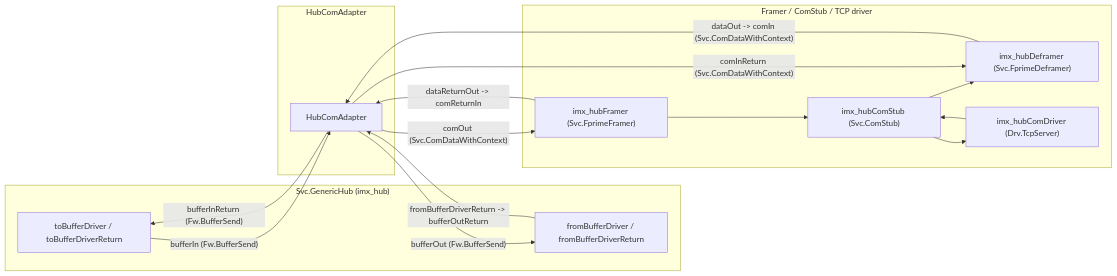
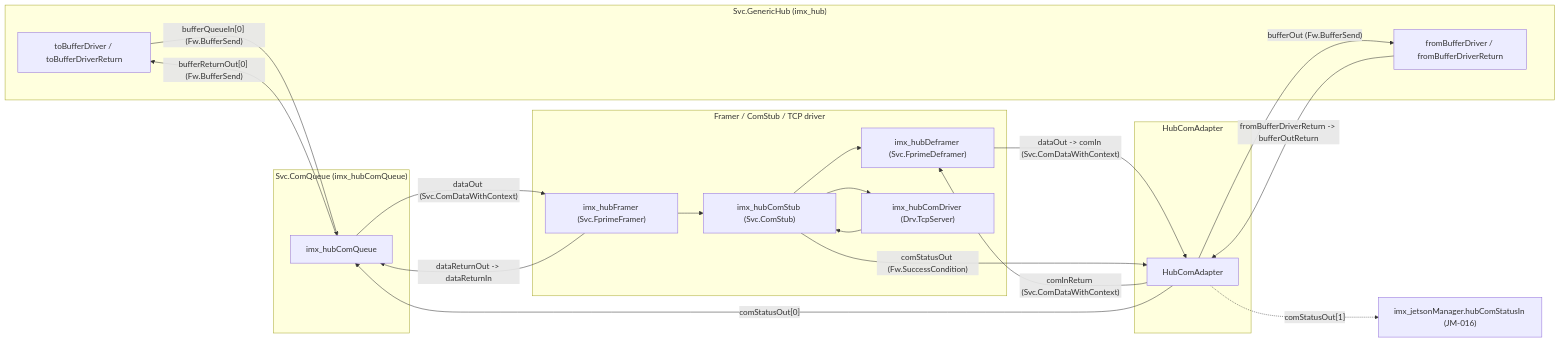
One commit to BroncoSpace-Lab/fprime-scales changed the first of 4 diagrams in scales/scalesSvc/HubComAdapter/docs/sdd.md. Above: the diagram before and after it, drawn with Mermaid. The commit also changed other lines of this file and 7 other files, not shown here.

Commit message:
Added ComQueue fix for Jetson

````diff
--- a/scales/scalesSvc/HubComAdapter/docs/sdd.md
+++ b/scales/scalesSvc/HubComAdapter/docs/sdd.md
@@ -48,30 +62,43 @@
 ```mermaid
 flowchart LR
     subgraph Hub["Svc.GenericHub (imx_hub)"]
         HubSend["toBufferDriver / toBufferDriverReturn"]
         HubRecv["fromBufferDriver / fromBufferDriverReturn"]
+    end
+
+    subgraph Queue["Svc.ComQueue (imx_hubComQueue)"]
+        Q["imx_hubComQueue"]
     end
 
     subgraph Adapter["HubComAdapter"]
         A["HubComAdapter"]
     end
 
     subgraph Stack["Framer / ComStub / TCP driver"]
         Framer["imx_hubFramer (Svc.FprimeFramer)"]
         Deframer["imx_hubDeframer (Svc.FprimeDeframer)"]
         Stub["imx_hubComStub (Svc.ComStub)"]
         Drv["imx_hubComDriver (Drv.TcpServer)"]
     end
 
-    HubSend -->|"bufferIn (Fw.BufferSend)"| A
-    A -->|"bufferInReturn (Fw.BufferSend)"| HubSend
-    A -->|"comOut (Svc.ComDataWithContext)"| Framer
-    Framer -->|"dataReturnOut -> comReturnIn"| A
+    %% Send direction: HubComAdapter's bufferIn/comOut/comReturnIn are
+    %% retired -- imx_hubComQueue now bridges Fw.BufferSend/Svc.ComDataWithContext
+    %% on the send side (JM-016 backstop, see imx_hubComQueue's own config).
+    HubSend -->|"bufferQueueIn[0] (Fw.BufferSend)"| Q
+    Q -->|"bufferReturnOut[0] (Fw.BufferSend)"| HubSend
+    Q -->|"dataOut (Svc.ComDataWithContext)"| Framer
+    Framer -->|"dataReturnOut -> dataReturnIn"| Q
     Framer --> Stub --> Drv
 
+    %% Receive direction: HubComAdapter's original role, unchanged.
     Drv --> Stub --> Deframer
     Deframer -->|"dataOut -> comIn (Svc.ComDataWithContext)"| A
     A -->|"comInReturn (Svc.ComDataWithContext)"| Deframer
     A -->|"bufferOut (Fw.BufferSend)"| HubRecv
     HubRecv -->|"fromBufferDriverReturn -> bufferOutReturn"| A
+
+    %% comStatus fan-out: HubComAdapter's new, unrelated role.
+    Stub -->|"comStatusOut (Fw.SuccessCondition)"| A
+    A -->|"comStatusOut[0]"| Q
+    A -.->|"comStatusOut[1]"| JM["imx_jetsonManager.hubComStatusIn (JM-016)"]
 ```
````
